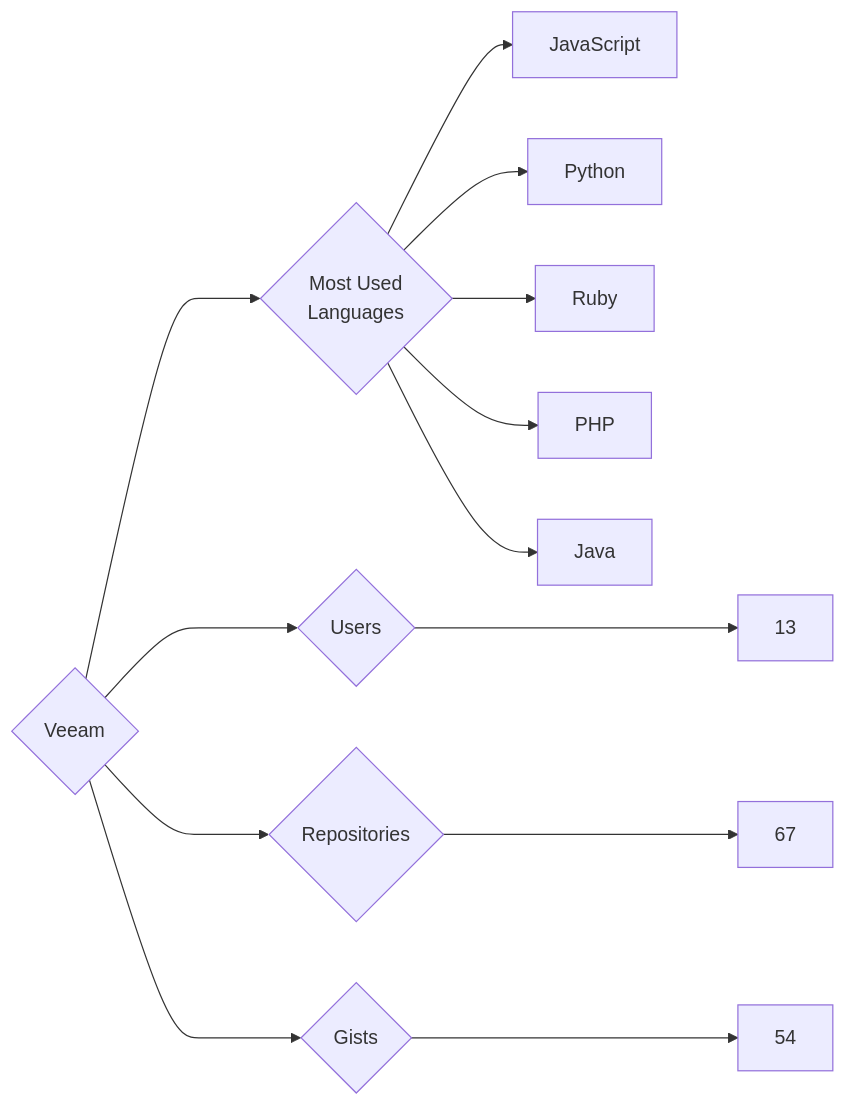
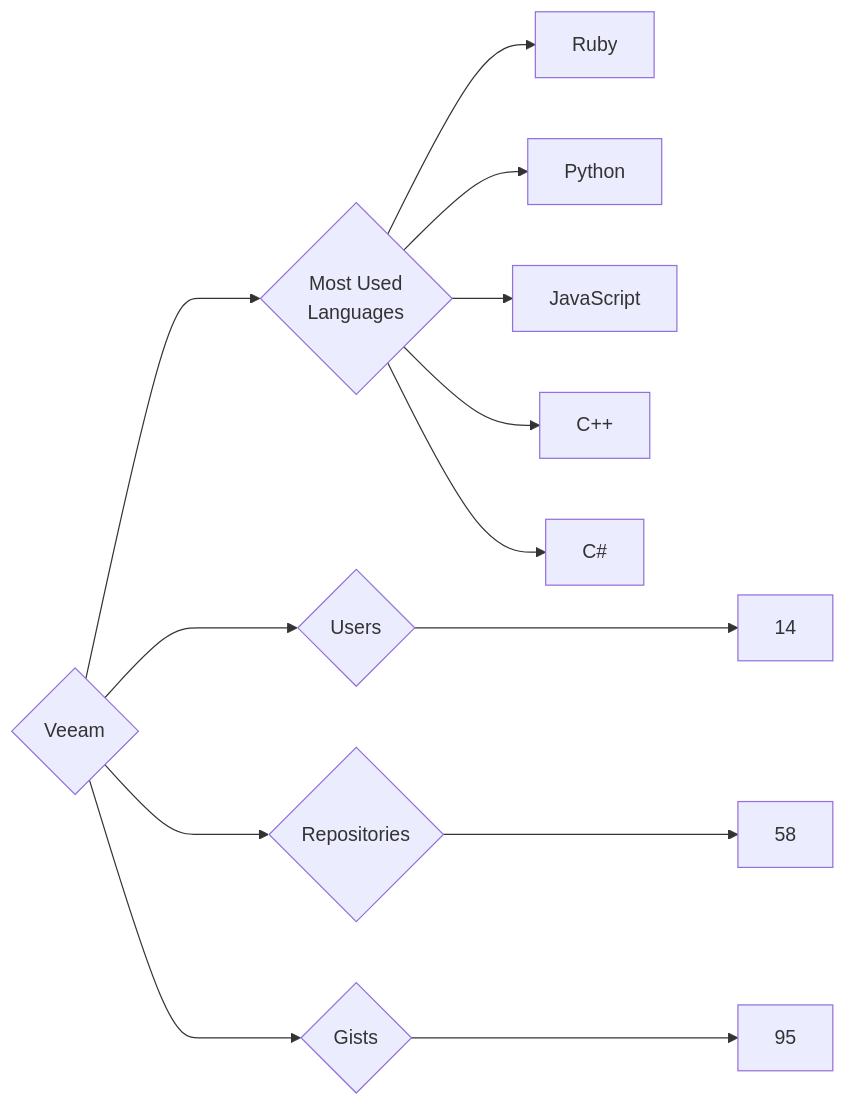
The diagram in targets/Veeam/README.md (trickest/insiders), drawn with Mermaid before and after one commit. The commit also changed 970 other files, not shown here.

````diff
--- a/targets/Veeam/README.md
+++ b/targets/Veeam/README.md
@@ -3,13 +3,13 @@
 ```mermaid
 graph LR
 COMPANY_NAME{Veeam}
-COMPANY_NAME ---> U{Users} ---> UN[13]
-COMPANY_NAME ---> R{Repositories} ---> RN[67]
-COMPANY_NAME ---> G{Gists} ---> GN[54]
+COMPANY_NAME ---> U{Users} ---> UN[14]
+COMPANY_NAME ---> R{Repositories} ---> RN[58]
+COMPANY_NAME ---> G{Gists} ---> GN[95]
 COMPANY_NAME ---> ML{Most Used<br>Languages}
+ML --> Ruby[Ruby]
+ML --> Python[Python]
 ML --> JavaScript[JavaScript]
-ML --> Python[Python]
-ML --> Ruby[Ruby]
-ML --> PHP[PHP]
-ML --> Java[Java]
+ML --> C++[C++]
+ML --> C#[C#]
 ```
````
